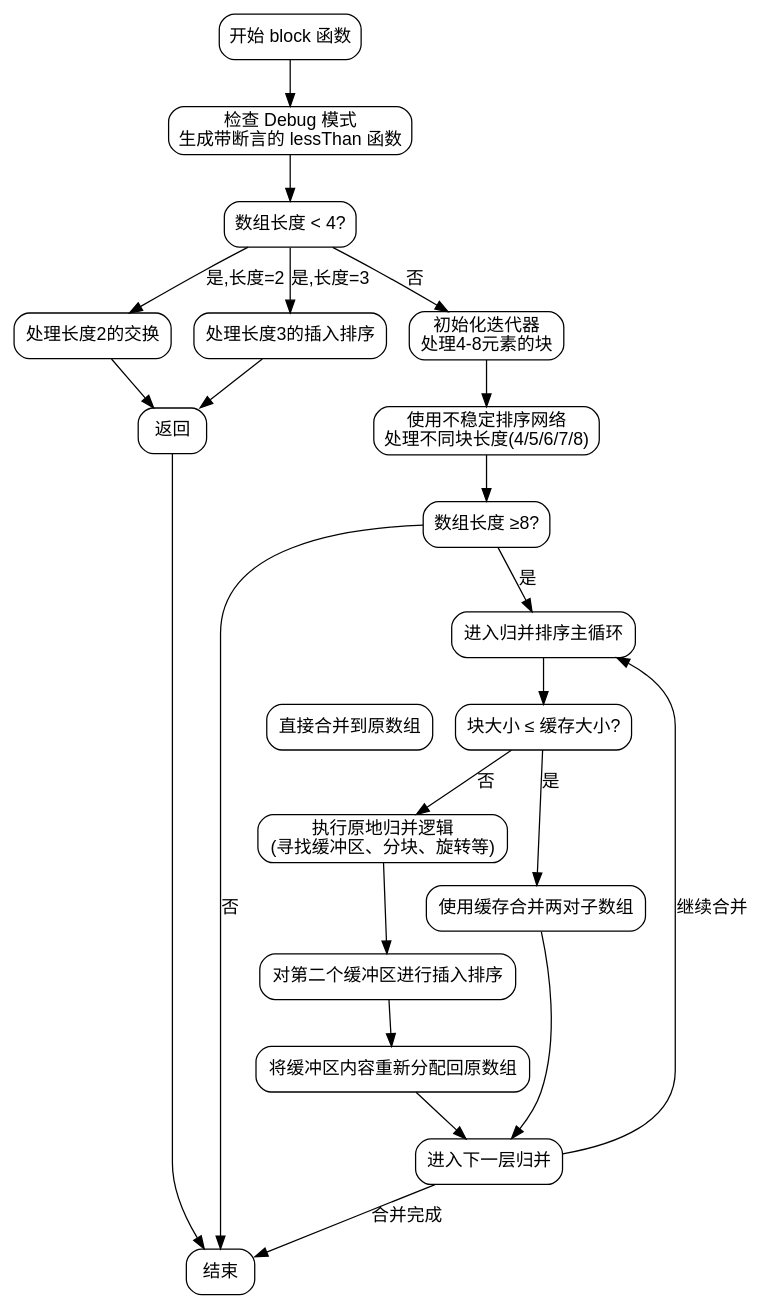
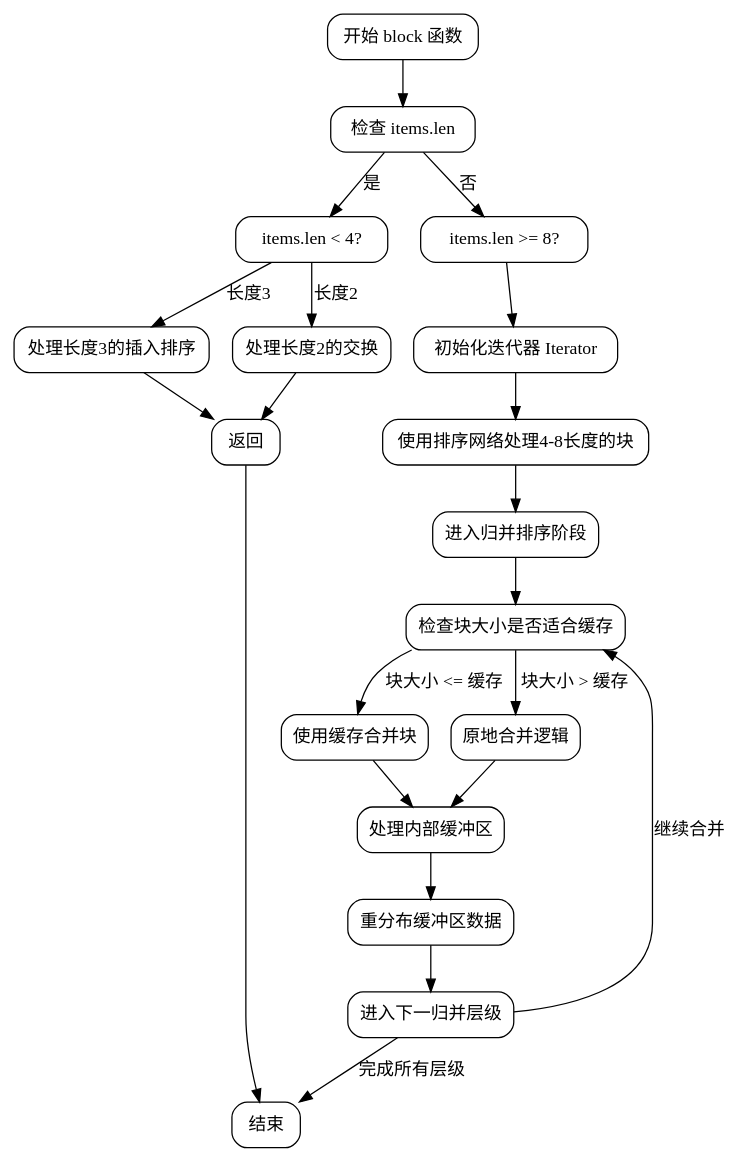
Before and after one commit to sdzx-1/deepseek-zig-reader: the diagram in dot_std/sort/block.zig.block.md, drawn with Graphviz. The commit also changed other lines of this file and 236 other files, not shown here.

````diff
--- a/dot_std/sort/block.zig.block.md
+++ b/dot_std/sort/block.zig.block.md
@@ -26,54 +13,49 @@
 ```dot
-digraph flowchart {
-    node [shape=rectangle, style="rounded", fontname="Arial"];
-    edge [fontname="Arial"];
+digraph block_sort_flowchart {
+    node [shape=rectangle, style=rounded];
 
     start [label="开始 block 函数"];
-    check_mode [label="检查 Debug 模式\n生成带断言的 lessThan 函数"];
-    small_array_check [label="数组长度 < 4?"];
+    check_len [label="检查 items.len"];
+    len_less_4 [label="items.len < 4?"];
     handle_len3 [label="处理长度3的插入排序"];
     handle_len2 [label="处理长度2的交换"];
     return_small [label="返回"];
-    init_iterator [label="初始化迭代器\n处理4-8元素的块"];
-    sorting_network [label="使用不稳定排序网络\n处理不同块长度(4/5/6/7/8)"];
-    check_length_ge8 [label="数组长度 ≥8?"];
-    merge_loop [label="进入归并排序主循环"];
-    use_cache_branch [label="块大小 ≤ 缓存大小?"];
-    merge_with_cache [label="使用缓存合并两对子数组"];
-    merge_external [label="直接合并到原数组"];
-    handle_inplace_merge [label="执行原地归并逻辑\n(寻找缓冲区、分块、旋转等)"];
-    sort_buffer2 [label="对第二个缓冲区进行插入排序"];
-    redistribute_buffers [label="将缓冲区内容重新分配回原数组"];
-    next_level [label="进入下一层归并"];
+    len_ge8 [label="items.len >= 8?"];
+    init_iterator [label="初始化迭代器 Iterator"];
+    sort_network [label="使用排序网络处理4-8长度的块"];
+    merge_phase [label="进入归并排序阶段"];
+    check_cache [label="检查块大小是否适合缓存"];
+    merge_with_cache [label="使用缓存合并块"];
+    merge_in_place [label="原地合并逻辑"];
+    handle_buffers [label="处理内部缓冲区"];
+    redistribute_buffers [label="重分布缓冲区数据"];
+    next_level [label="进入下一归并层级"];
     end [label="结束"];
 
-    start -> check_mode;
-    check_mode -> small_array_check;
-    small_array_check -> handle_len3 [label="是,长度=3"];
-    small_array_check -> handle_len2 [label="是,长度=2"];
-    small_array_check -> init_iterator [label="否"];
+    start -> check_len;
+    check_len -> len_less_4 [label="是"];
+    check_len -> len_ge8 [label="否"];
+
+    len_less_4 -> handle_len3 [label="长度3"];
     handle_len3 -> return_small;
+    len_less_4 -> handle_len2 [label="长度2"];
     handle_len2 -> return_small;
     return_small -> end;
 
-    init_iterator -> sorting_network;
-    sorting_network -> check_length_ge8;
-    check_length_ge8 -> merge_loop [label="是"];
-    check_length_ge8 -> end [label="否"];
+    len_ge8 -> init_iterator;
+    init_iterator -> sort_network;
+    sort_network -> merge_phase;
 
-    merge_loop -> use_cache_branch;
-    use_cache_branch -> merge_with_cache [label="是"];
-    use_cache_branch -> handle_inplace_merge [label="否"];
-    
-    merge_with_cache -> next_level;
-    handle_inplace_merge -> sort_buffer2;
-    sort_buffer2 -> redistribute_buffers;
+    merge_phase -> check_cache;
+    check_cache -> merge_with_cache [label="块大小 <= 缓存"];
+    check_cache -> merge_in_place [label="块大小 > 缓存"];
+
+    merge_with_cache -> handle_buffers;
+    merge_in_place -> handle_buffers;
+
+    handle_buffers -> redistribute_buffers;
     redistribute_buffers -> next_level;
-    
-    next_level -> merge_loop [label="继续合并"];
-    next_level -> end [label="合并完成"];
-    
-    edge [style=invis];
-    merge_external -> handle_inplace_merge;
+    next_level -> check_cache [label="继续合并"];
+    next_level -> end [label="完成所有层级"];
 }
 ```
````
